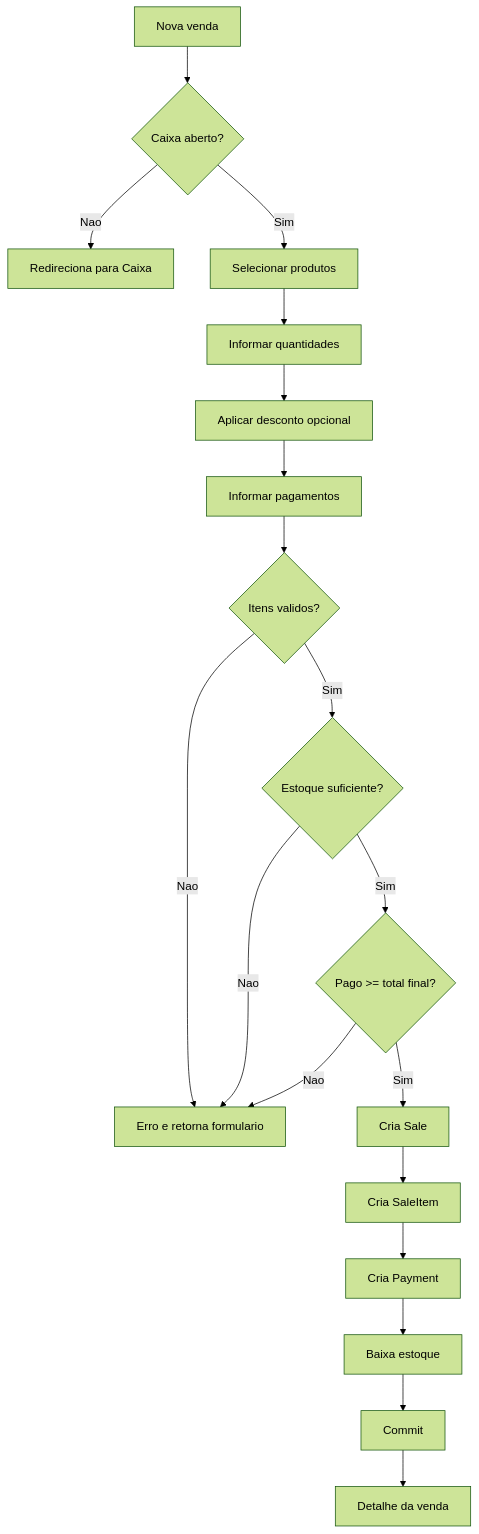
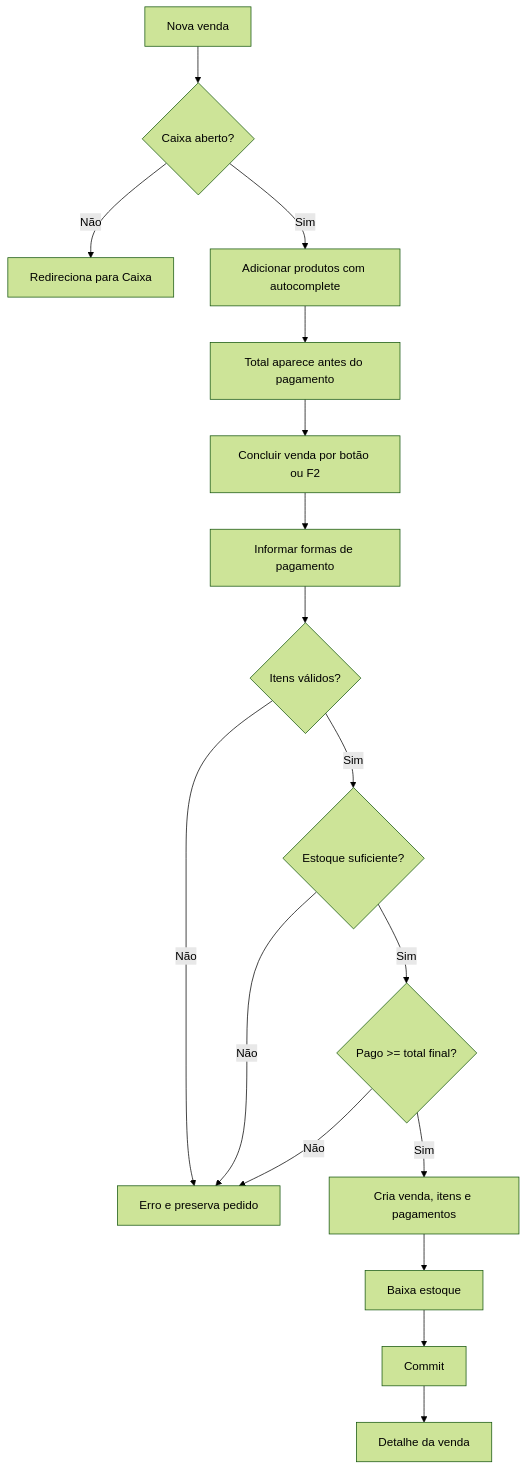
The fifth of 7 diagrams in docs/06-fluxo-sistema.md (RafaelBG7/pdv2026), drawn with Mermaid (forest theme) before and after one commit. The commit also changed other lines of this file and 82 other files, not shown here.

````diff
--- a/docs/06-fluxo-sistema.md
+++ b/docs/06-fluxo-sistema.md
@@ -74,21 +84,19 @@
 ```mermaid
 flowchart TD
     A["Nova venda"] --> B{"Caixa aberto?"}
-    B -- "Nao" --> C["Redireciona para Caixa"]
-    B -- "Sim" --> D["Selecionar produtos"]
-    D --> E["Informar quantidades"]
-    E --> F["Aplicar desconto opcional"]
-    F --> G["Informar pagamentos"]
-    G --> H{"Itens validos?"}
-    H -- "Nao" --> X["Erro e retorna formulario"]
+    B -- "Não" --> C["Redireciona para Caixa"]
+    B -- "Sim" --> D["Adicionar produtos com autocomplete"]
+    D --> E["Total aparece antes do pagamento"]
+    E --> F["Concluir venda por botão ou F2"]
+    F --> G["Informar formas de pagamento"]
+    G --> H{"Itens válidos?"}
+    H -- "Não" --> X["Erro e preserva pedido"]
     H -- "Sim" --> I{"Estoque suficiente?"}
-    I -- "Nao" --> X
+    I -- "Não" --> X
     I -- "Sim" --> J{"Pago >= total final?"}
-    J -- "Nao" --> X
-    J -- "Sim" --> K["Cria Sale"]
-    K --> L["Cria SaleItem"]
-    L --> M["Cria Payment"]
-    M --> N["Baixa estoque"]
-    N --> O["Commit"]
-    O --> P["Detalhe da venda"]
+    J -- "Não" --> X
+    J -- "Sim" --> K["Cria venda, itens e pagamentos"]
+    K --> L["Baixa estoque"]
+    L --> M["Commit"]
+    M --> N["Detalhe da venda"]
 ```
````
